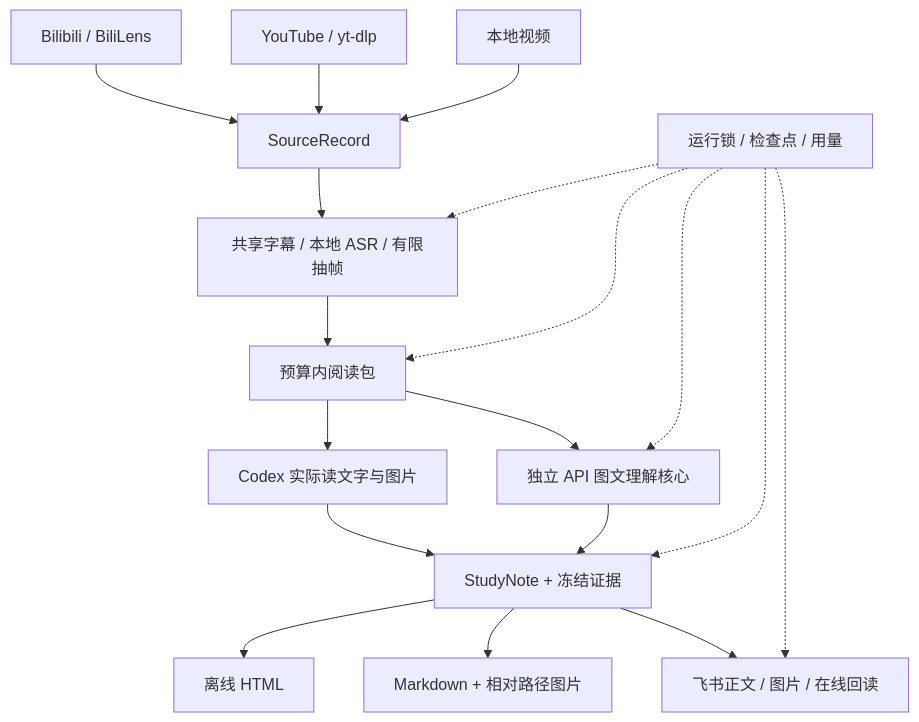
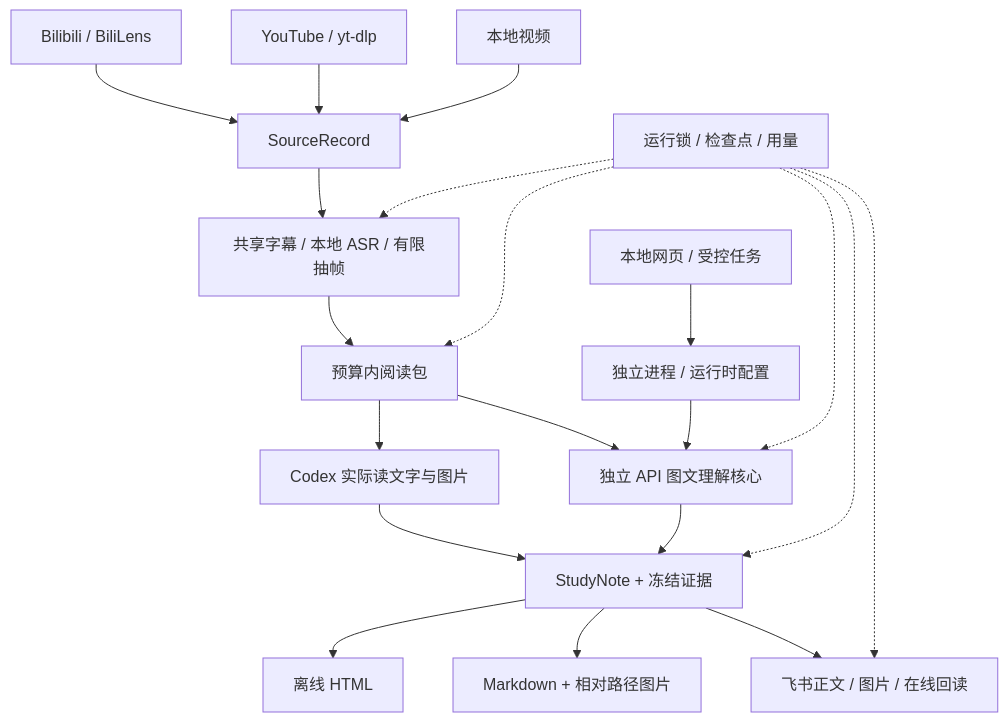
Before and after one commit to Nahuyiur/video-study-notes: the diagram in references/architecture.md, drawn with Mermaid. The commit also changed other lines of this file and 14 other files, not shown here.

````diff
--- a/references/architecture.md
+++ b/references/architecture.md
@@ -5,20 +5,22 @@
 ```mermaid
 flowchart TD
   B[Bilibili / BiliLens] --> S[SourceRecord]
   Y[YouTube / yt-dlp] --> S
   L[本地视频] --> S
   S --> M[共享字幕 / 本地 ASR / 有限抽帧]
   M --> R[预算内阅读包]
   R --> A[Codex 实际读文字与图片]
   R --> E[独立 API 图文理解核心]
+  W[本地网页 / 受控任务] --> P[独立进程 / 运行时配置]
+  P --> E
   A --> N[StudyNote + 冻结证据]
   E --> N
   N --> H[离线 HTML]
   N --> D[Markdown + 相对路径图片]
   N --> F[飞书正文 / 图片 / 在线回读]
   U[运行锁 / 检查点 / 用量] -.-> M
   U -.-> R
   U -.-> E
   U -.-> N
   U -.-> F
 ```
````
